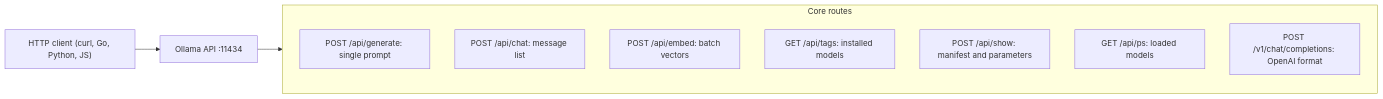
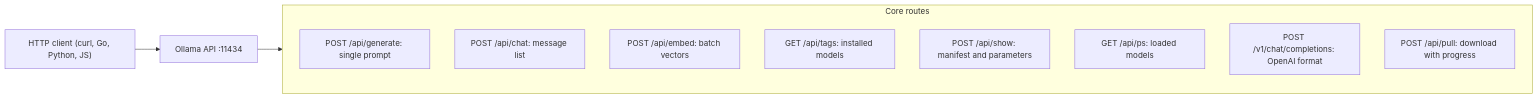
Diagram 17 of 51 in README.md (TheLearningHubOrg/learn-ollama), drawn with Mermaid before and after one commit. The commit also changed other lines of this file and 18 other files, not shown here.

````diff
--- a/README.md
+++ b/README.md
@@ -1759,14 +1809,15 @@
 ```mermaid
 flowchart LR
     Client["HTTP client (curl, Go, Python, JS)"] --> Gateway["Ollama API :11434"]
     subgraph Endpoints["Core routes"]
         E1["POST /api/generate: single prompt"]
         E2["POST /api/chat: message list"]
         E3["POST /api/embed: batch vectors"]
         E4["GET /api/tags: installed models"]
         E5["POST /api/show: manifest and parameters"]
         E6["GET /api/ps: loaded models"]
         E7["POST /v1/chat/completions: OpenAI format"]
+        E8["POST /api/pull: download with progress"]
     end
     Gateway --> Endpoints
 ```
````
